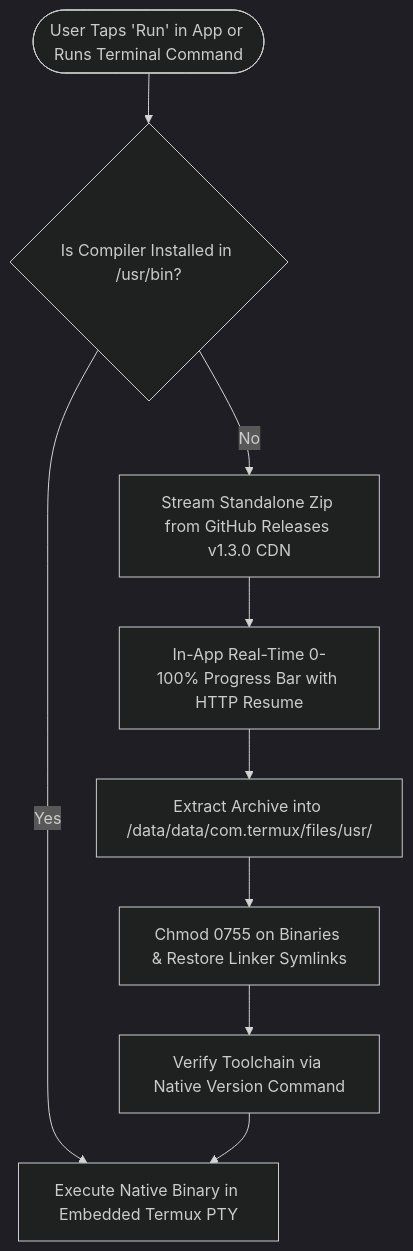
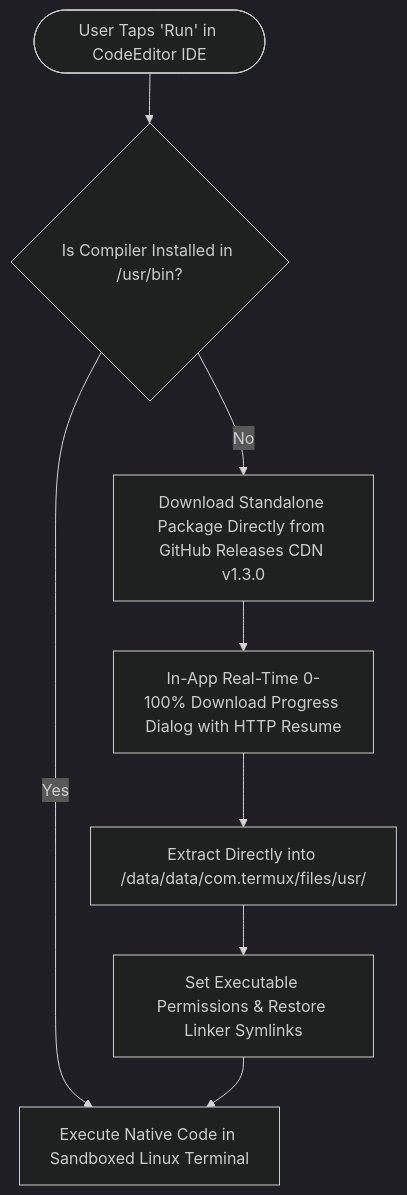
The diagram in README.md (raj40870-pixel/library), drawn with Mermaid (dark theme) before and after one commit. The commit also changed other lines of this file and 1 other file, not shown here.

Commit message:
chore: remove method 3 installer and simplify README to focus purely on direct GitHub Releases CDN and in-app execution

````diff
--- a/README.md
+++ b/README.md
@@ -31,11 +30,10 @@
 ```mermaid
 flowchart TD
-    User([User Taps 'Run' in App or Runs Terminal Command]) --> CheckBin{Is Compiler Installed in /usr/bin?}
-    CheckBin -- Yes --> RunCode[Execute Native Binary in Embedded Termux PTY]
-    CheckBin -- No --> CDNFetch[Stream Standalone Zip from GitHub Releases v1.3.0 CDN]
-    CDNFetch --> Progress[In-App Real-Time 0-100% Progress Bar with HTTP Resume]
-    Progress --> Extract[Extract Archive into /data/data/com.termux/files/usr/]
-    Extract --> Perms[Chmod 0755 on Binaries & Restore Linker Symlinks]
-    Perms --> Verify[Verify Toolchain via Native Version Command]
-    Verify --> RunCode
+    User([User Taps 'Run' in CodeEditor IDE]) --> CheckBin{Is Compiler Installed in /usr/bin?}
+    CheckBin -- Yes --> RunCode[Execute Native Code in Sandboxed Linux Terminal]
+    CheckBin -- No --> CDNFetch[Download Standalone Package Directly from GitHub Releases CDN v1.3.0]
+    CDNFetch --> Progress[In-App Real-Time 0-100% Download Progress Dialog with HTTP Resume]
+    Progress --> Extract[Extract Directly into /data/data/com.termux/files/usr/]
+    Extract --> Perms[Set Executable Permissions & Restore Linker Symlinks]
+    Perms --> RunCode
 ```
````
